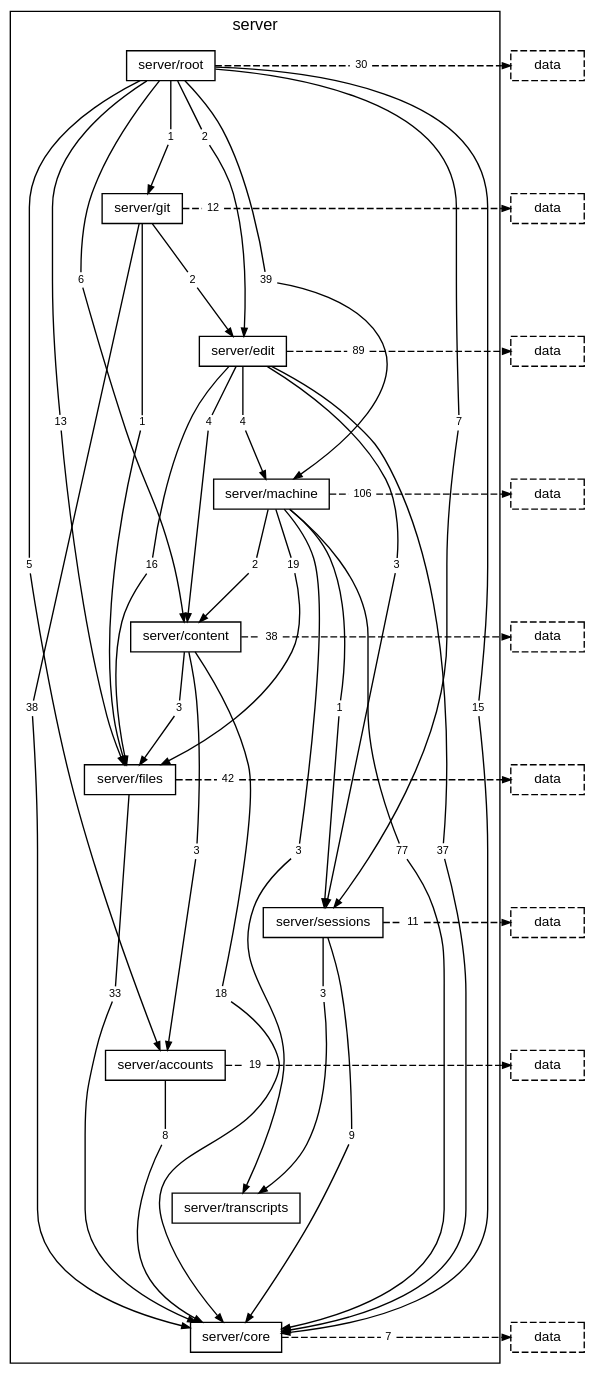
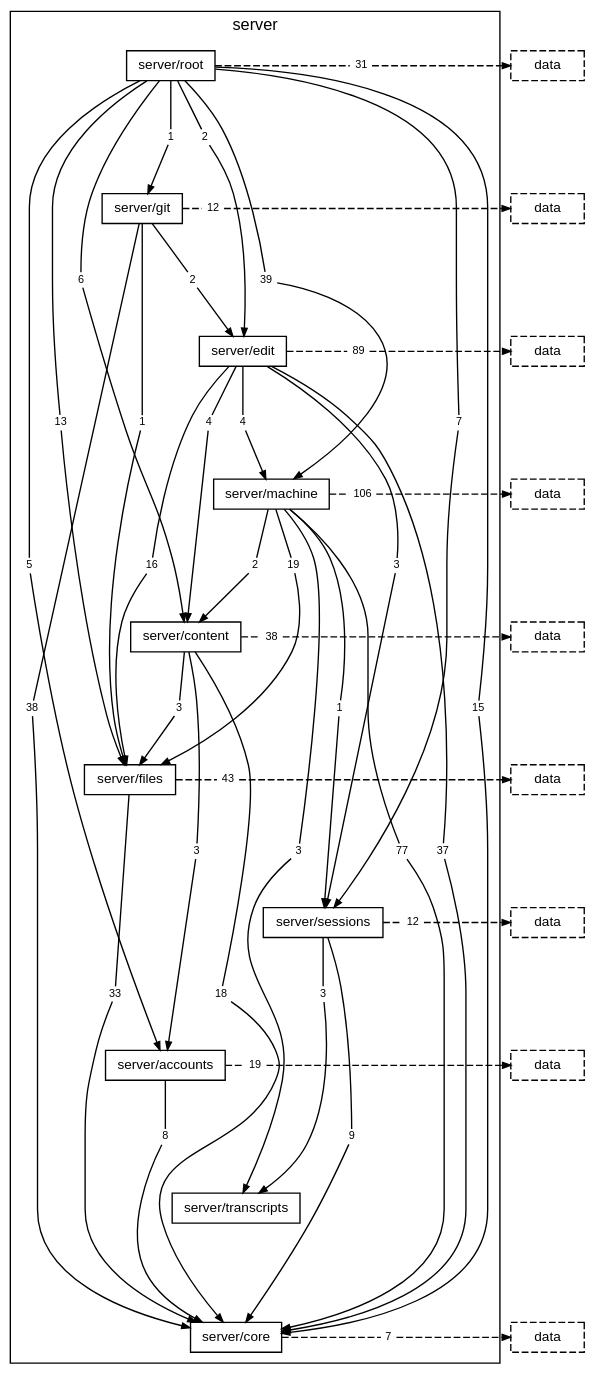
One commit to TheAxeC/oculus changed the diagram in docs/diagrams/layer-server.dot. Above: the diagram before and after it, drawn with Graphviz. The commit also changed 144 other files, not shown here.

```diff
--- a/docs/diagrams/layer-server.dot
+++ b/docs/diagrams/layer-server.dot
@@ -22,7 +22,7 @@
         "folder server/root to folder server/git" [label="1", shape=box, color="transparent", fontsize=8, width=0, height=0, margin="0.04,0.02"];
         "folder server/root to folder server/machine" [label="39", shape=box, color="transparent", fontsize=8, width=0, height=0, margin="0.04,0.02"];
         "folder server/root to folder server/sessions" [label="7", shape=box, color="transparent", fontsize=8, width=0, height=0, margin="0.04,0.02"];
-        "folder server/root to layer data" [label="30", shape=box, color="transparent", fontsize=8, width=0, height=0, margin="0.04,0.02"];
+        "folder server/root to layer data" [label="31", shape=box, color="transparent", fontsize=8, width=0, height=0, margin="0.04,0.02"];
         "folder server/git to folder server/core" [label="38", shape=box, color="transparent", fontsize=8, width=0, height=0, margin="0.04,0.02"];
         "folder server/git to folder server/edit" [label="2", shape=box, color="transparent", fontsize=8, width=0, height=0, margin="0.04,0.02"];
         "folder server/git to folder server/files" [label="1", shape=box, color="transparent", fontsize=8, width=0, height=0, margin="0.04,0.02"];
@@ -44,10 +44,10 @@
         "folder server/content to folder server/files" [label="3", shape=box, color="transparent", fontsize=8, width=0, height=0, margin="0.04,0.02"];
         "folder server/content to layer data" [label="38", shape=box, color="transparent", fontsize=8, width=0, height=0, margin="0.04,0.02"];
         "folder server/files to folder server/core" [label="33", shape=box, color="transparent", fontsize=8, width=0, height=0, margin="0.04,0.02"];
-        "folder server/files to layer data" [label="42", shape=box, color="transparent", fontsize=8, width=0, height=0, margin="0.04,0.02"];
+        "folder server/files to layer data" [label="43", shape=box, color="transparent", fontsize=8, width=0, height=0, margin="0.04,0.02"];
         "folder server/sessions to folder server/core" [label="9", shape=box, color="transparent", fontsize=8, width=0, height=0, margin="0.04,0.02"];
         "folder server/sessions to folder server/transcripts" [label="3", shape=box, color="transparent", fontsize=8, width=0, height=0, margin="0.04,0.02"];
-        "folder server/sessions to layer data" [label="11", shape=box, color="transparent", fontsize=8, width=0, height=0, margin="0.04,0.02"];
+        "folder server/sessions to layer data" [label="12", shape=box, color="transparent", fontsize=8, width=0, height=0, margin="0.04,0.02"];
         "folder server/accounts to folder server/core" [label="8", shape=box, color="transparent", fontsize=8, width=0, height=0, margin="0.04,0.02"];
         "folder server/accounts to layer data" [label="19", shape=box, color="transparent", fontsize=8, width=0, height=0, margin="0.04,0.02"];
         "folder server/core to layer data" [label="7", shape=box, color="transparent", fontsize=8, width=0, height=0, margin="0.04,0.02"];
```
